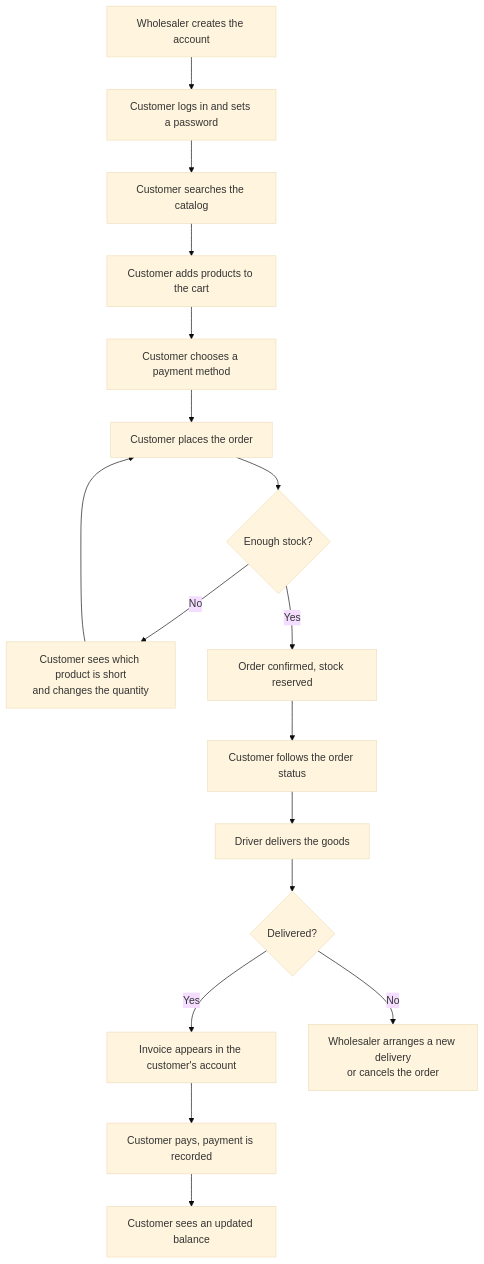
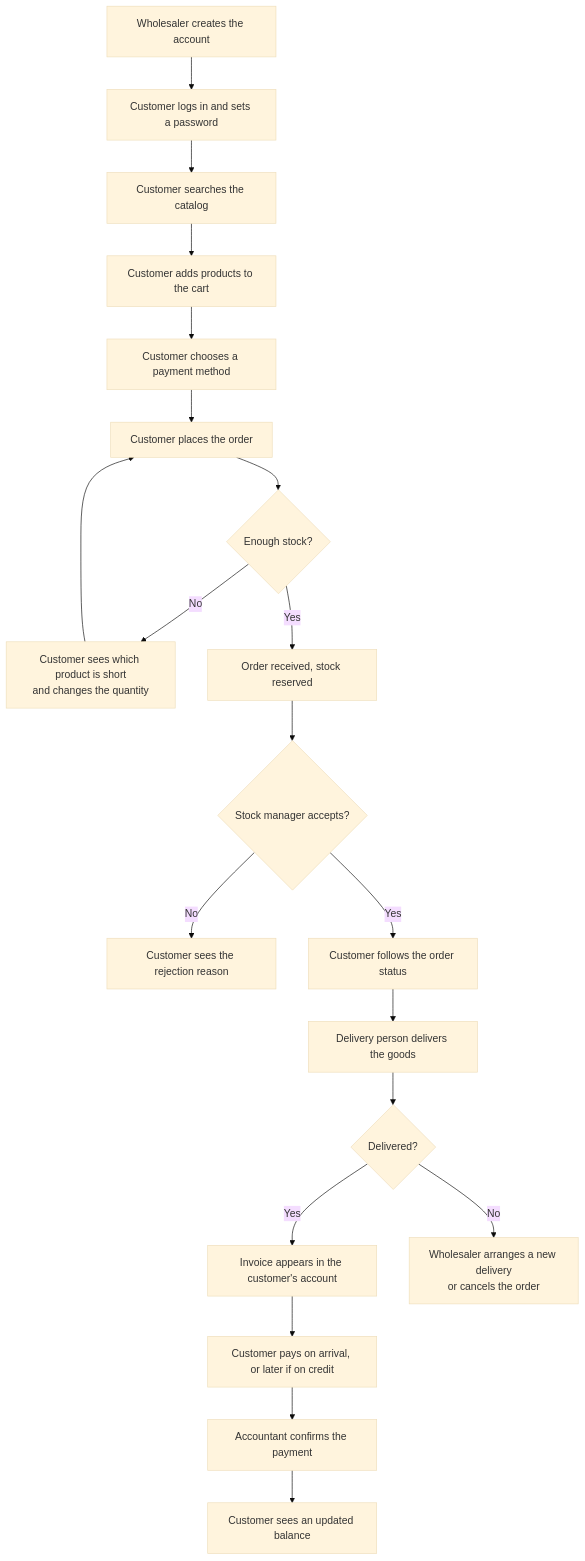
The second of 2 diagrams in docs/journeys/01-customer-journey.md (AhmedElnagarUU/Cosmo), drawn with Mermaid (base theme) before and after one commit. The commit also changed other lines of this file and 33 other files, not shown here.

First line of the commit message:
Update plan: manual order acceptance, new roles, payment confirmation

````diff
--- a/docs/journeys/01-customer-journey.md
+++ b/docs/journeys/01-customer-journey.md
@@ -32,19 +34,22 @@
 ```mermaid
 flowchart TD
     A[Wholesaler creates the account] --> B[Customer logs in and sets a password]
     B --> C[Customer searches the catalog]
     C --> D[Customer adds products to the cart]
     D --> E[Customer chooses a payment method]
     E --> F[Customer places the order]
     F --> G{Enough stock?}
     G -- No --> H[Customer sees which product is short<br/>and changes the quantity]
     H --> F
-    G -- Yes --> I[Order confirmed, stock reserved]
-    I --> J[Customer follows the order status]
-    J --> K[Driver delivers the goods]
+    G -- Yes --> I[Order received, stock reserved]
+    I --> Q{Stock manager accepts?}
+    Q -- No --> R[Customer sees the rejection reason]
+    Q -- Yes --> J[Customer follows the order status]
+    J --> K[Delivery person delivers the goods]
     K --> L{Delivered?}
     L -- Yes --> M[Invoice appears in the customer's account]
     L -- No --> N[Wholesaler arranges a new delivery<br/>or cancels the order]
-    M --> O[Customer pays, payment is recorded]
-    O --> P[Customer sees an updated balance]
+    M --> O[Customer pays on arrival, or later if on credit]
+    O --> S[Accountant confirms the payment]
+    S --> P[Customer sees an updated balance]
 ```
````
